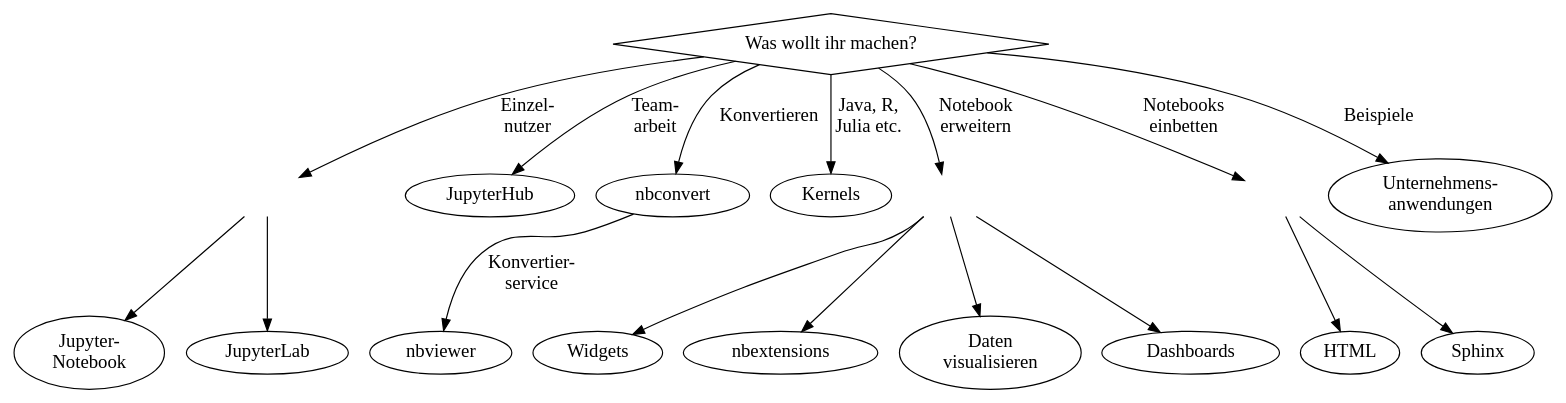
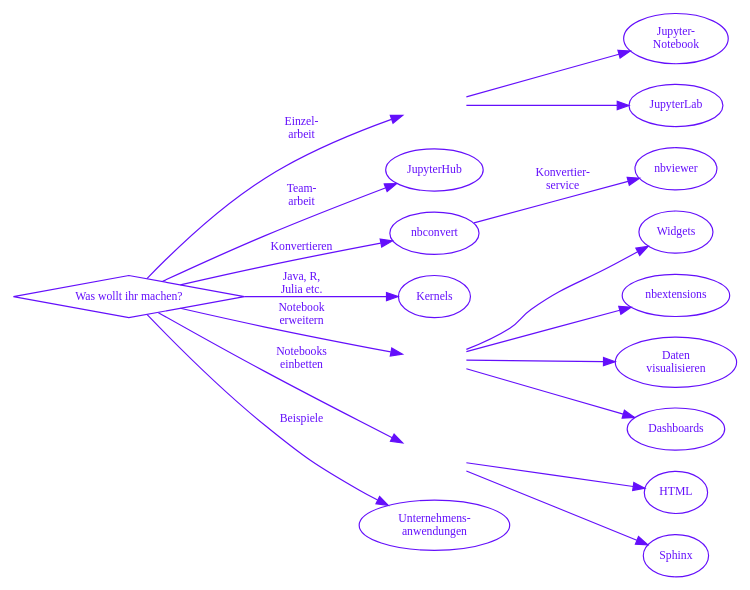
One commit to veit/jupyter-tutorial-de changed the diagram in docs/index.rst. Above: the diagram before and after it, drawn with Graphviz.

Commit message:
:lipstick: Beautify the Jupyter overview

```diff
--- a/docs/index.rst
+++ b/docs/index.rst
@@ -13,9 +13,12 @@
 .. graphviz::
 
     digraph decide_jupyter {
-        graph [fontname = "Calibri", fontsize="16"];
-        node [fontname = "Calibri", fontsize="16"];
-        edge [fontname = "Calibri", fontsize="16"];
+        graph [fontname = "Calibri", fontsize="10", penwidth="1px",
+               overlap=false];
+        node [fontname = "Calibri", fontsize="10", style="bold",
+              penwidth="1px", fontcolor="#640FFB"; color="#640FFB";];
+        edge [fontname = "Calibri", fontsize="10", style="bold",
+              penwidth="1px", fontcolor="#640FFB"; color="#640FFB";];
         tooltip="Wie entscheide ich, welche Jupyter-Pakete ich benötige?";
         // Top Level
         what [
@@ -102,7 +105,7 @@
             target="_top",
             href="../nbsphinx.html"]
         // Edges
-        what -> singleuser [label="Einzel-\nnutzer"]
+        what -> singleuser [label="Einzel-\narbeit"]
         what -> hub [label="Team-\narbeit"]
         what -> nbconvert [label="Konvertieren"]
         nbconvert -> nbviewer [label="Konvertier-\nservice"]
@@ -114,8 +117,10 @@
         extensions -> {widgets extend viz dash}
         embed -> {html sphinx}
         // Arrangement
+        rankdir="LR"
         {rank = same; what;}
-        {rank = same; singleuser; hub; nbconvert; kernels; extensions; embed; examples;}
+        {rank = same; singleuser; hub; nbconvert; kernels; extensions; embed;
+                examples;}
         {rank = same; notebook; jupyterlab; widgets; extend; viz; dash;}
         {rank = same; html; sphinx}
     }
```
